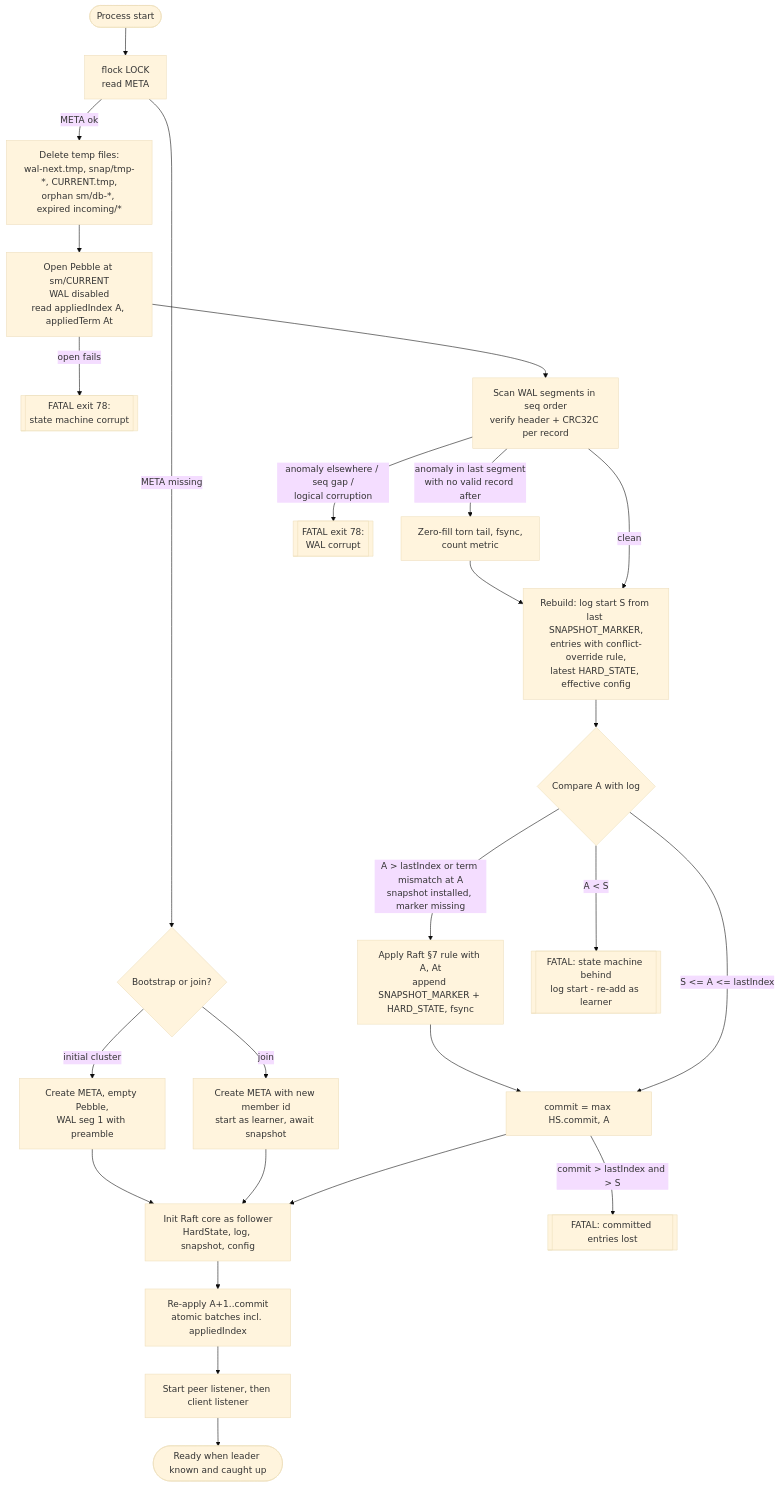
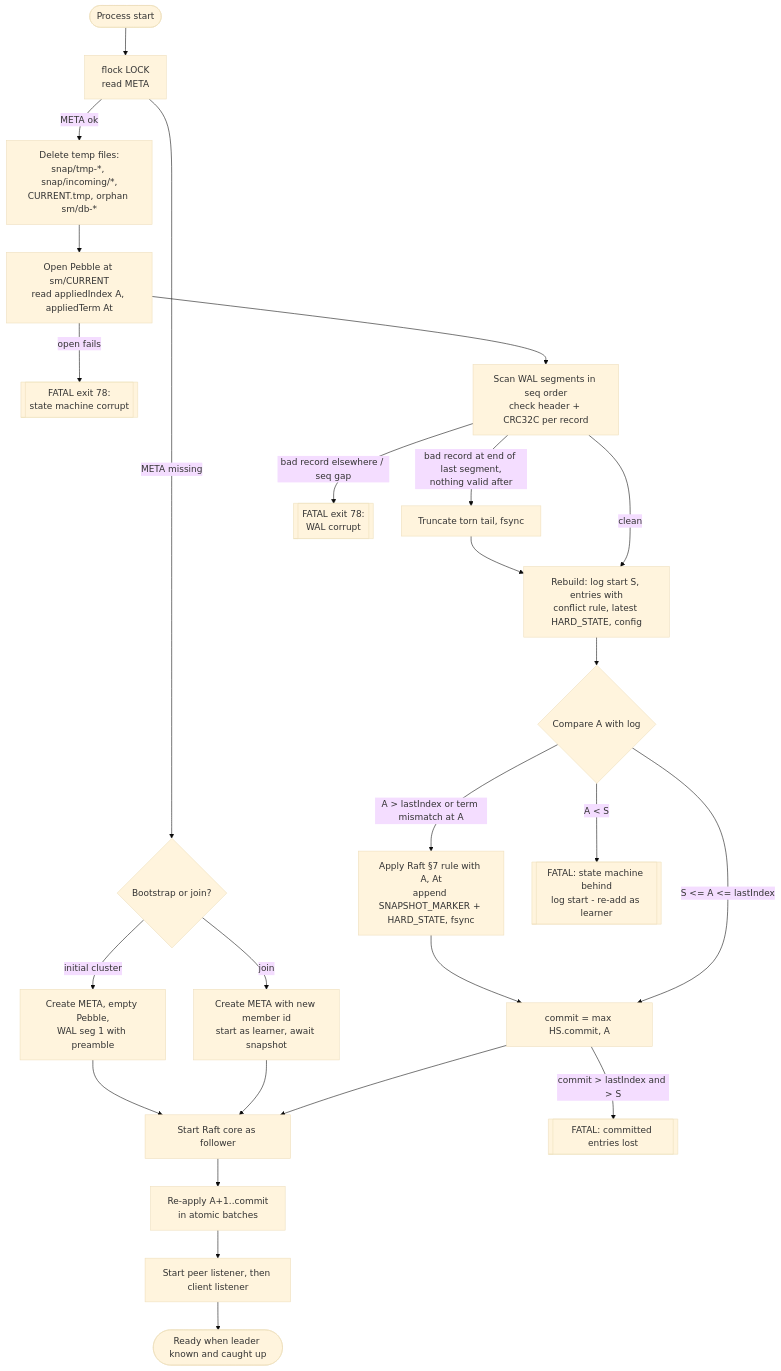
One commit to bibekgupta3333/raftkv-distributed-store changed the diagram in docs/storage-design.md. Above: the diagram before and after it, drawn with Mermaid (base theme). The commit also changed other lines of this file and 3 other files, not shown here.

First line of the commit message:
docs: simplify architecture, system, API and storage design

````diff
--- a/docs/storage-design.md
+++ b/docs/storage-design.md
@@ -412,23 +301,23 @@
 ```mermaid
 flowchart TD
     A0([Process start]) --> A1[flock LOCK<br/>read META]
     A1 -->|META missing| B0{Bootstrap or join?}
     B0 -->|initial cluster| B1[Create META, empty Pebble,<br/>WAL seg 1 with preamble] --> A8
     B0 -->|join| B2[Create META with new member id<br/>start as learner, await snapshot] --> A8
-    A1 -->|META ok| A2[Delete temp files:<br/>wal-next.tmp, snap/tmp-*, CURRENT.tmp,<br/>orphan sm/db-*, expired incoming/*]
-    A2 --> A3[Open Pebble at sm/CURRENT<br/>WAL disabled<br/>read appliedIndex A, appliedTerm At]
+    A1 -->|META ok| A2[Delete temp files:<br/>snap/tmp-*, snap/incoming/*,<br/>CURRENT.tmp, orphan sm/db-*]
+    A2 --> A3[Open Pebble at sm/CURRENT<br/>read appliedIndex A, appliedTerm At]
     A3 -->|open fails| F1[[FATAL exit 78:<br/>state machine corrupt]]
-    A3 --> A4[Scan WAL segments in seq order<br/>verify header + CRC32C per record]
-    A4 -->|anomaly in last segment<br/>with no valid record after| A4b[Zero-fill torn tail, fsync,<br/>count metric] --> A5
-    A4 -->|anomaly elsewhere / seq gap /<br/>logical corruption| F2[[FATAL exit 78:<br/>WAL corrupt]]
-    A4 -->|clean| A5[Rebuild: log start S from last SNAPSHOT_MARKER,<br/>entries with conflict-override rule,<br/>latest HARD_STATE, effective config]
+    A3 --> A4[Scan WAL segments in seq order<br/>check header + CRC32C per record]
+    A4 -->|bad record at end of last segment,<br/>nothing valid after| A4b[Truncate torn tail, fsync] --> A5
+    A4 -->|bad record elsewhere / seq gap| F2[[FATAL exit 78:<br/>WAL corrupt]]
+    A4 -->|clean| A5[Rebuild: log start S, entries with<br/>conflict rule, latest HARD_STATE, config]
     A5 --> A6{Compare A with log}
-    A6 -->|A > lastIndex or term mismatch at A<br/>snapshot installed, marker missing| A6b[Apply Raft §7 rule with A, At<br/>append SNAPSHOT_MARKER + HARD_STATE, fsync] --> A7
+    A6 -->|A > lastIndex or term mismatch at A| A6b[Apply Raft §7 rule with A, At<br/>append SNAPSHOT_MARKER + HARD_STATE, fsync] --> A7
     A6 -->|A < S| F3[[FATAL: state machine behind<br/>log start - re-add as learner]]
     A6 -->|S <= A <= lastIndex| A7[commit = max HS.commit, A]
     A7 -->|commit > lastIndex and > S| F4[[FATAL: committed entries lost]]
-    A7 --> A8[Init Raft core as follower<br/>HardState, log, snapshot, config]
-    A8 --> A9[Re-apply A+1..commit<br/>atomic batches incl. appliedIndex]
+    A7 --> A8[Start Raft core as follower]
+    A8 --> A9[Re-apply A+1..commit<br/>in atomic batches]
     A9 --> A10[Start peer listener, then client listener]
     A10 --> A11([Ready when leader known and caught up])
 ```
````
